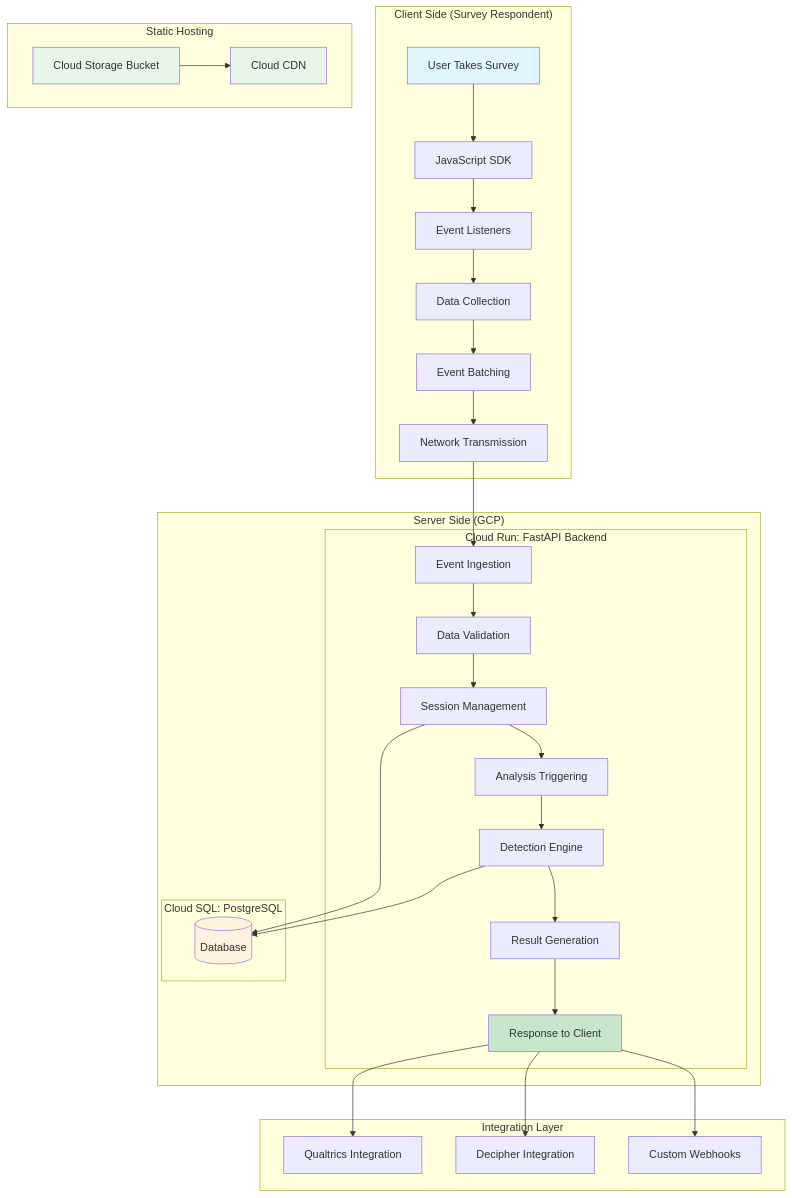
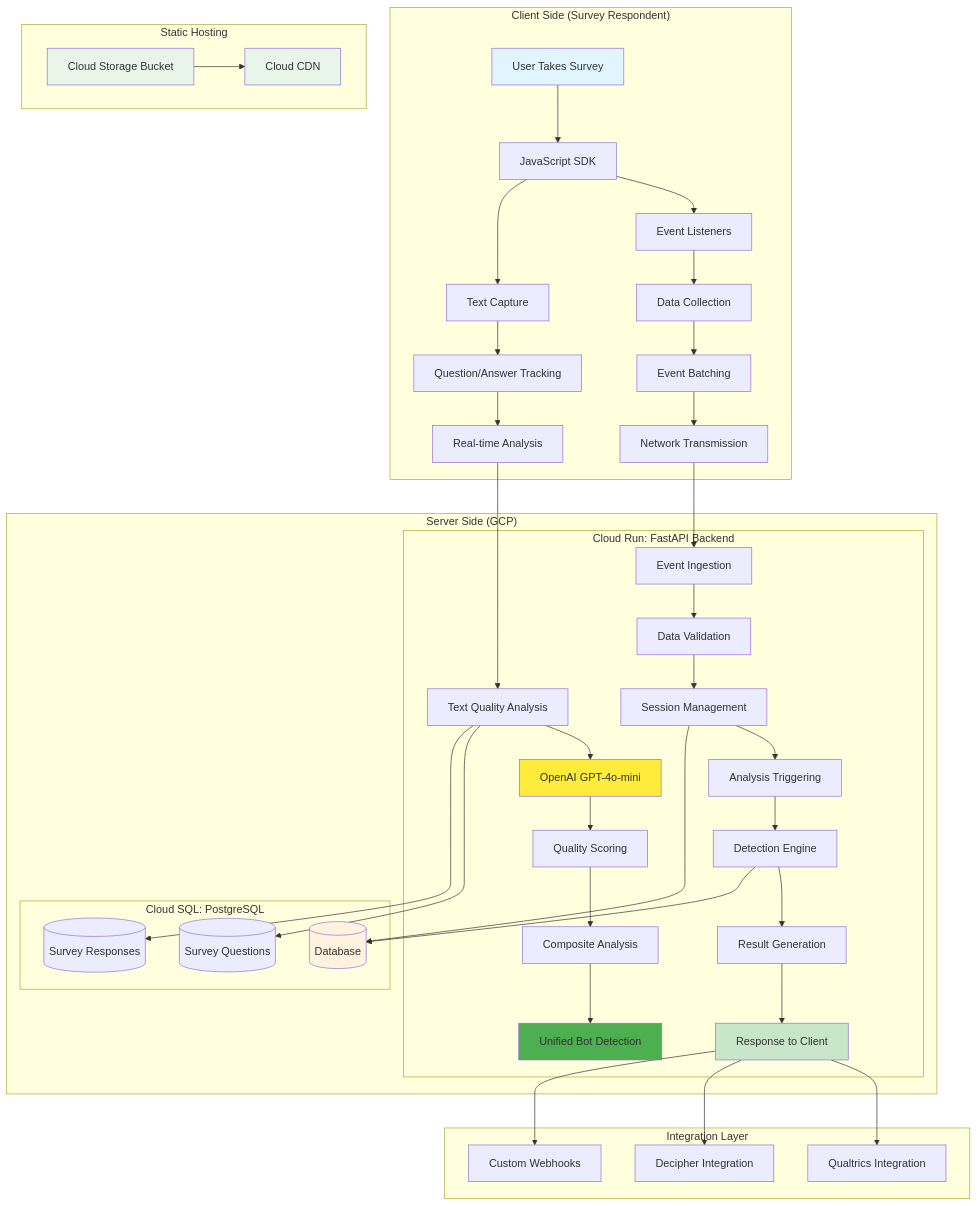
The first of 9 diagrams in bot_detection_flow.md (halderavik/bot_detection_live), drawn with Mermaid before and after one commit. The commit also changed other lines of this file and 25 other files, not shown here.

Commit message:
chore(prod): deploy plan & GCP prod configs; text analysis services and tests; frontend widget; cloudbuild frontend; docs updates

````diff
--- a/bot_detection_flow.md
+++ b/bot_detection_flow.md
@@ -12,48 +12,62 @@
 ```mermaid
 graph TB
     subgraph "Client Side (Survey Respondent)"
         A[User Takes Survey] --> B[JavaScript SDK]
         B --> C[Event Listeners]
         C --> D[Data Collection]
         D --> E[Event Batching]
         E --> F[Network Transmission]
+        B --> T[Text Capture]
+        T --> U[Question/Answer Tracking]
+        U --> V[Real-time Analysis]
     end
     
     subgraph "Server Side (GCP)"
         subgraph "Cloud Run: FastAPI Backend"
             F --> G[Event Ingestion]
             G --> H[Data Validation]
             H --> I[Session Management]
             I --> J[Analysis Triggering]
             J --> K[Detection Engine]
             K --> L[Result Generation]
             L --> M[Response to Client]
+            V --> W[Text Quality Analysis]
+            W --> X[OpenAI GPT-4o-mini]
+            X --> Y[Quality Scoring]
+            Y --> Z[Composite Analysis]
+            Z --> AA[Unified Bot Detection]
         end
         subgraph "Cloud SQL: PostgreSQL"
             N[(Database)]
+            BB[(Survey Questions)]
+            CC[(Survey Responses)]
         end
         I --> N
         K --> N
+        W --> BB
+        W --> CC
     end
     
     subgraph "Static Hosting"
         R[Cloud Storage Bucket]
         S[Cloud CDN]
         R --> S
     end
     
     subgraph "Integration Layer"
         O[Qualtrics Integration]
         P[Decipher Integration]
         Q[Custom Webhooks]
         M --> O
         M --> P
         M --> Q
     end
     
     style A fill:#e1f5fe
     style M fill:#c8e6c9
     style N fill:#fff3e0
     style R fill:#e8f5e9
     style S fill:#e8f5e9
+    style X fill:#ffeb3b
+    style AA fill:#4caf50
 ```
````
